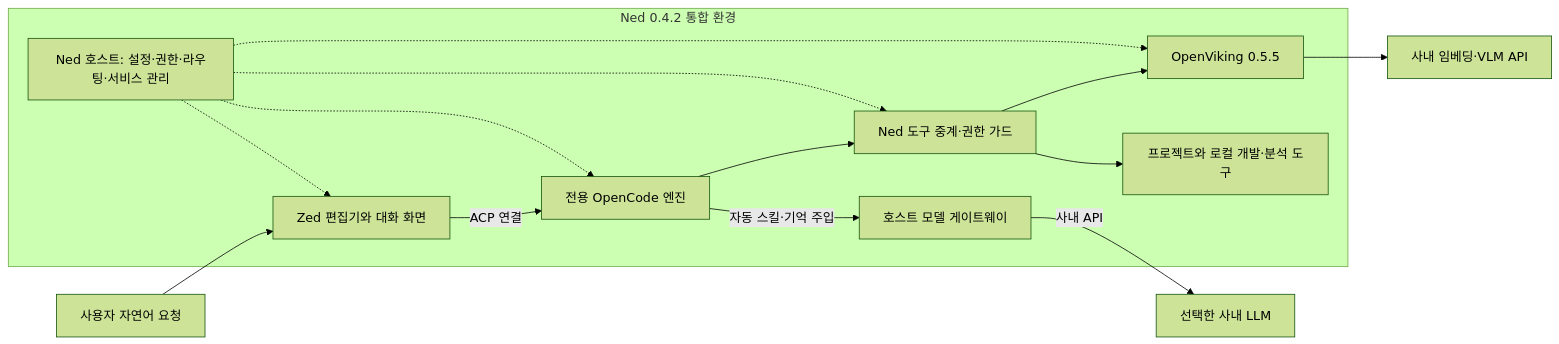
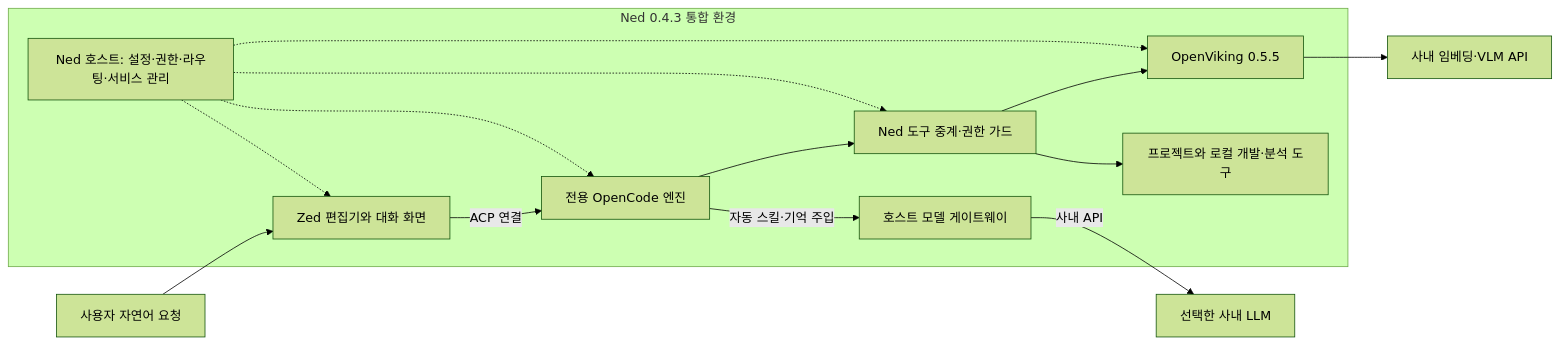
Before and after one commit to SungKyu-Kim39/AgentHarness: the diagram in docs/ned-vs-zed.md, drawn with Mermaid (forest theme). The commit also changed other lines of this file and 18 other files, not shown here.

````diff
--- a/docs/ned-vs-zed.md
+++ b/docs/ned-vs-zed.md
@@ -36,17 +36,17 @@
 ```mermaid
 flowchart LR
     User[사용자 자연어 요청] --> Zed[Zed 편집기와 대화 화면]
-    subgraph Ned[Ned 0.4.2 통합 환경]
+    subgraph Ned[Ned 0.4.3 통합 환경]
         Zed -->|ACP 연결| Engine[전용 OpenCode 엔진]
         Engine -->|자동 스킬·기억 주입| Gateway[호스트 모델 게이트웨이]
         Engine --> Tools[Ned 도구 중계·권한 가드]
         Tools --> Local[프로젝트와 로컬 개발·분석 도구]
         Tools --> Knowledge[OpenViking 0.5.5]
         Host[Ned 호스트: 설정·권한·라우팅·서비스 관리] -.-> Zed
         Host -.-> Engine
         Host -.-> Tools
         Host -.-> Knowledge
     end
     Gateway -->|사내 API| LLM[선택한 사내 LLM]
     Knowledge --> Embedding[사내 임베딩·VLM API]
 ```
````
